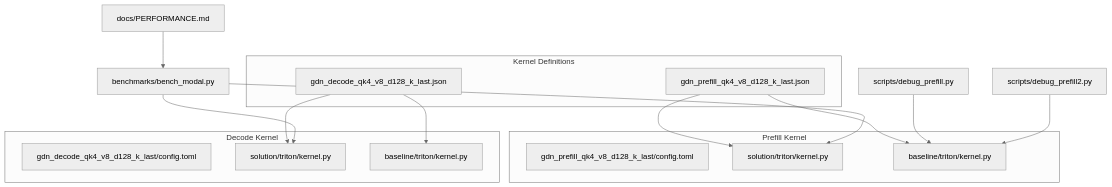
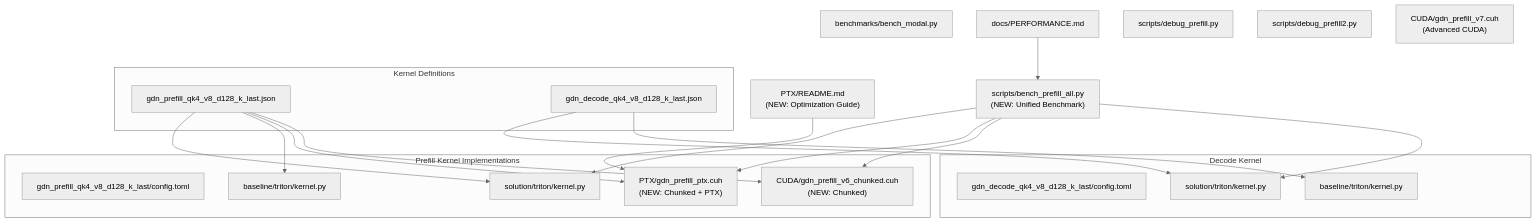
The first of 6 diagrams in .qoder/repowiki/en/content/Core Kernels/GDN Prefill Kernel.md (gugudeshubao/flashinfer-bench-tma-thrust), drawn with Mermaid (neutral theme) before and after one commit. The commit also changed other lines of this file and 19 other files, not shown here.

First line of the commit message:
perf(decode): add cp.async prefetch for memory latency hiding

````diff
--- a/.qoder/repowiki/en/content/Core Kernels/GDN Prefill Kernel.md
+++ b/.qoder/repowiki/en/content/Core Kernels/GDN Prefill Kernel.md
@@ -41,30 +54,38 @@
 ```mermaid
 graph TB
 subgraph "Kernel Definitions"
 PrefillDef["gdn_prefill_qk4_v8_d128_k_last.json"]
 DecodeDef["gdn_decode_qk4_v8_d128_k_last.json"]
 end
-subgraph "Prefill Kernel"
+subgraph "Prefill Kernel Implementations"
 PrefillCfg["gdn_prefill_qk4_v8_d128_k_last/config.toml"]
 PrefillSol["solution/triton/kernel.py"]
 PrefillBase["baseline/triton/kernel.py"]
+PrefillPTX["PTX/gdn_prefill_ptx.cuh<br/>(NEW: Chunked + PTX)"]
+PrefillV6["CUDA/gdn_prefill_v6_chunked.cuh<br/>(NEW: Chunked)"]
 end
 subgraph "Decode Kernel"
 DecodeCfg["gdn_decode_qk4_v8_d128_k_last/config.toml"]
 DecodeSol["solution/triton/kernel.py"]
 DecodeBase["baseline/triton/kernel.py"]
 end
 Bench["benchmarks/bench_modal.py"]
 Perf["docs/PERFORMANCE.md"]
 Debug1["scripts/debug_prefill.py"]
 Debug2["scripts/debug_prefill2.py"]
+BenchAll["scripts/bench_prefill_all.py<br/>(NEW: Unified Benchmark)"]
+PTXReadme["PTX/README.md<br/>(NEW: Optimization Guide)"]
+PrefillV7["CUDA/gdn_prefill_v7.cuh<br/>(Advanced CUDA)"]
 PrefillDef --> PrefillSol
 PrefillDef --> PrefillBase
+PrefillDef --> PrefillPTX
+PrefillDef --> PrefillV6
 DecodeDef --> DecodeSol
 DecodeDef --> DecodeBase
-Bench --> PrefillSol
-Bench --> DecodeSol
-Perf --> Bench
-Debug1 --> PrefillBase
-Debug2 --> PrefillBase
+BenchAll --> PrefillSol
+BenchAll --> PrefillPTX
+BenchAll --> PrefillV6
+BenchAll --> DecodeSol
+Perf --> BenchAll
+PTXReadme --> PrefillPTX
 ```
````
